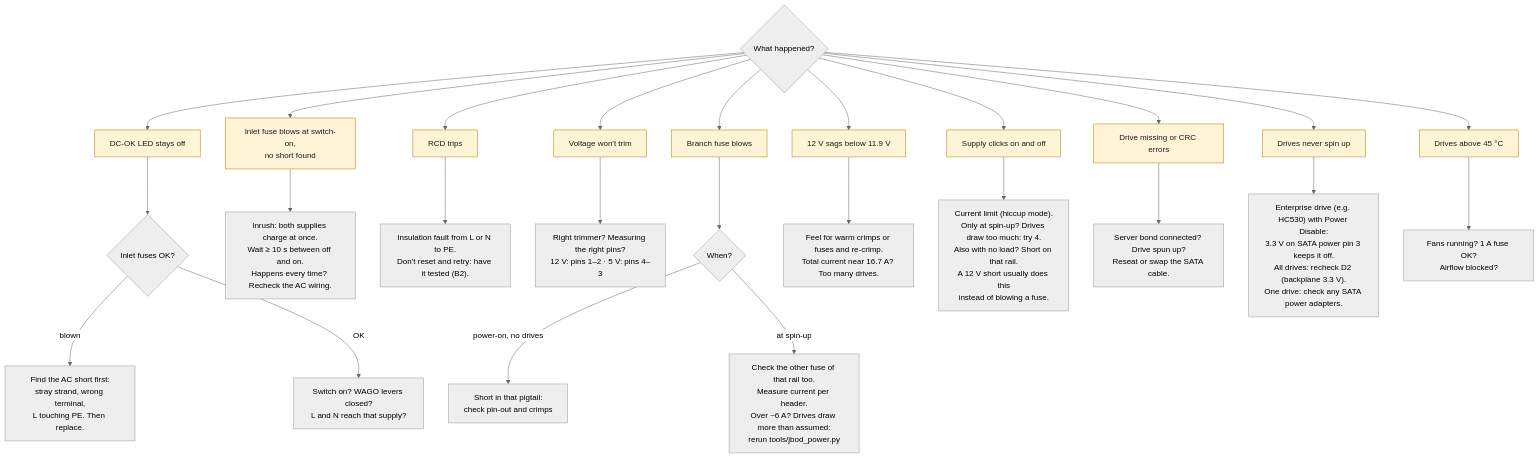
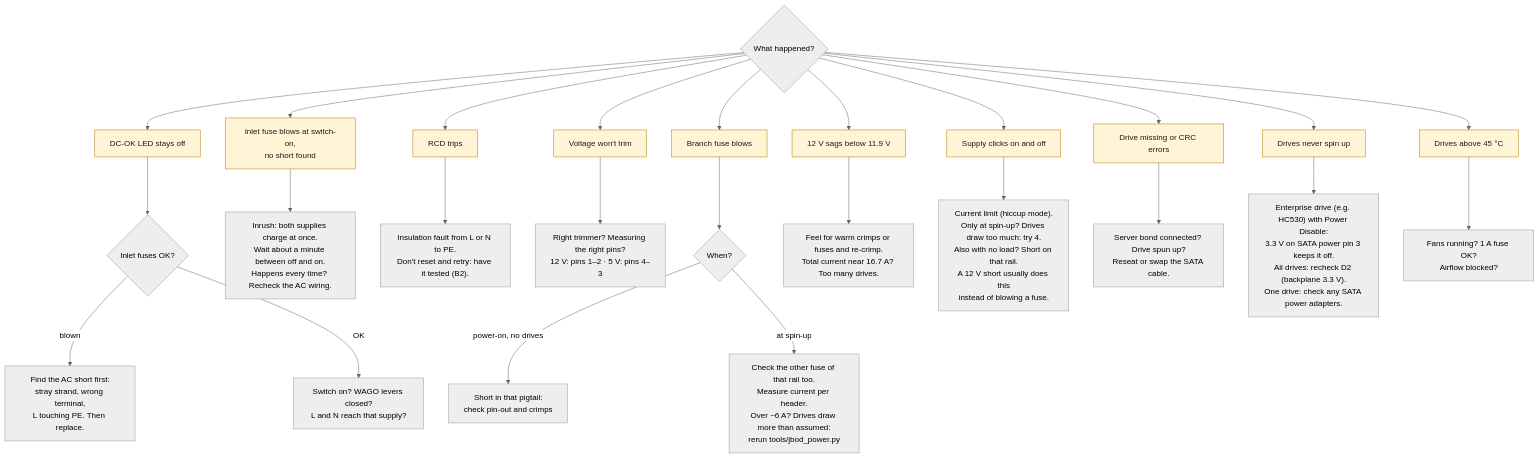
One commit to Lukas0923xcv/JBOD changed the second of 2 diagrams in docs/05-commissioning-checklist.md. Above: the diagram before and after it, drawn with Mermaid (neutral theme). The commit also changed other lines of this file and 9 other files, not shown here.

````diff
--- a/docs/05-commissioning-checklist.md
+++ b/docs/05-commissioning-checklist.md
@@ -157,41 +157,41 @@
 ```mermaid
 flowchart TD
     Q{"What happened?"}
 
     Q --> L["DC-OK LED stays off"]
     L --> L1{"Inlet fuses OK?"}
     L1 -- "blown" --> L2["Find the AC short first:<br>stray strand, wrong terminal,<br>L touching PE. Then replace."]
     L1 -- "OK" --> L3["Switch on? WAGO levers closed?<br>L and N reach that supply?"]
 
     Q --> I["Inlet fuse blows at switch-on,<br>no short found"]
-    I --> I1["Inrush: both supplies charge at once.<br>Wait ≥ 10 s between off and on.<br>Happens every time? Recheck the AC wiring."]
+    I --> I1["Inrush: both supplies charge at once.<br>Wait about a minute between off and on.<br>Happens every time? Recheck the AC wiring."]
 
     Q --> R["RCD trips"]
     R --> R1["Insulation fault from L or N to PE.<br>Don't reset and retry: have it tested (B2)."]
 
     Q --> V["Voltage won't trim"]
     V --> V1["Right trimmer? Measuring the right pins?<br>12 V: pins 1–2 · 5 V: pins 4–3"]
 
     Q --> F["Branch fuse blows"]
     F --> F1{"When?"}
     F1 -- "power-on, no drives" --> F2["Short in that pigtail:<br>check pin-out and crimps"]
     F1 -- "at spin-up" --> F3["Check the other fuse of that rail too.<br>Measure current per header.<br>Over ~6 A? Drives draw more than assumed:<br>rerun tools/jbod_power.py"]
 
     Q --> S["12 V sags below 11.9 V"]
     S --> S1["Feel for warm crimps or fuses and re-crimp.<br>Total current near 16.7 A? Too many drives."]
 
     Q --> H["Supply clicks on and off"]
     H --> H1["Current limit (hiccup mode).<br>Only at spin-up? Drives draw too much: try 4.<br>Also with no load? Short on that rail.<br>A 12 V short usually does this<br>instead of blowing a fuse."]
 
     Q --> D["Drive missing or CRC errors"]
     D --> D1["Server bond connected? Drive spun up?<br>Reseat or swap the SATA cable."]
 
     Q --> N["Drives never spin up"]
     N --> N1["Enterprise drive (e.g. HC530) with Power Disable:<br>3.3 V on SATA power pin 3 keeps it off.<br>All drives: recheck D2 (backplane 3.3 V).<br>One drive: check any SATA power adapters."]
 
     Q --> T["Drives above 45 °C"]
     T --> T1["Fans running? 1 A fuse OK?<br>Airflow blocked?"]
 
     classDef sym fill:#fff4d6,stroke:#b07d00,color:#1b1b1a
     class L,I,R,V,F,S,H,D,N,T sym
 ```
````
